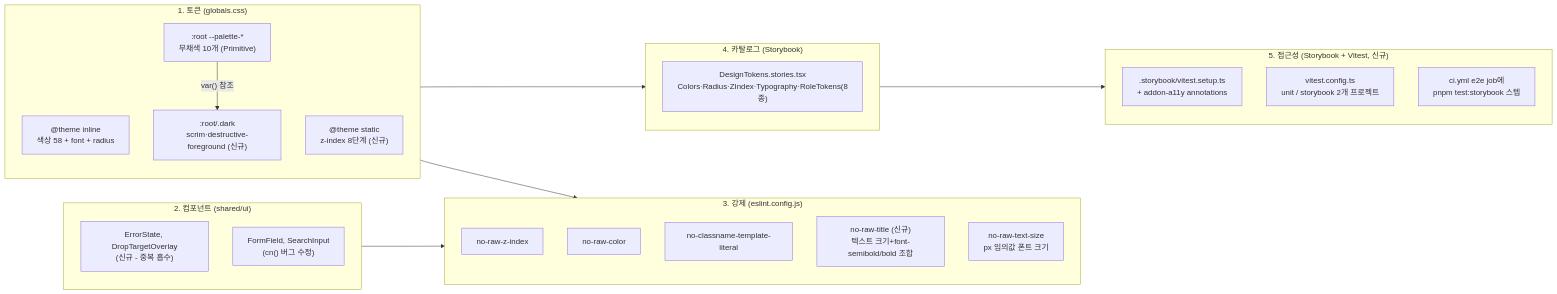
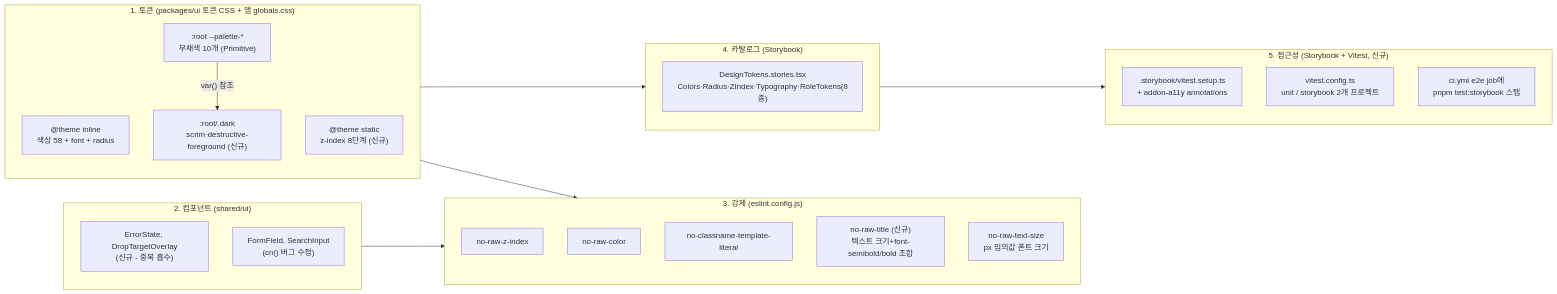
One commit to BAECHAN/link-sphere_FE_NEW changed the second of 2 diagrams in docs/DESIGN-SYSTEM.md. Above: the diagram before and after it, drawn with Mermaid. The commit also changed other lines of this file and 246 other files, not shown here.

````diff
--- a/docs/DESIGN-SYSTEM.md
+++ b/docs/DESIGN-SYSTEM.md
@@ -87,33 +87,33 @@
 ```mermaid
 flowchart LR
-    subgraph tokens ["1. 토큰 (globals.css)"]
+    subgraph tokens ["1. 토큰 (packages/ui 토큰 CSS + 앱 globals.css)"]
         T1["@theme inline<br/>색상 58 + font + radius"]
         T2["@theme static<br/>z-index 8단계 (신규)"]
         T3[":root/.dark<br/>scrim·destructive-foreground (신규)"]
         T0[":root --palette-*<br/>무채색 10개 (Primitive)"]
     end
     T0 -->|"var() 참조"| T3
     subgraph components ["2. 컴포넌트 (shared/ui)"]
         C1["ErrorState, DropTargetOverlay<br/>(신규 - 중복 흡수)"]
         C2["FormField, SearchInput<br/>(cn() 버그 수정)"]
     end
     subgraph enforce ["3. 강제 (eslint.config.js)"]
         E1["no-raw-z-index"]
         E2["no-raw-color"]
         E3["no-classname-template-literal"]
         E4["no-raw-title (신규)<br/>텍스트 크기+font-semibold/bold 조합"]
         E5["no-raw-text-size<br/>px 임의값 폰트 크기"]
     end
     subgraph catalog ["4. 카탈로그 (Storybook)"]
         S1["DesignTokens.stories.tsx<br/>Colors·Radius·ZIndex·Typography·RoleTokens(8종)"]
     end
     subgraph a11y ["5. 접근성 (Storybook + Vitest, 신규)"]
         AX1[".storybook/vitest.setup.ts<br/>+ addon-a11y annotations"]
         AX2["vitest.config.ts<br/>unit / storybook 2개 프로젝트"]
         AX3["ci.yml e2e job에<br/>pnpm test:storybook 스텝"]
     end
     tokens --> enforce
     components --> enforce
     tokens --> catalog
     catalog --> a11y
 ```
````
